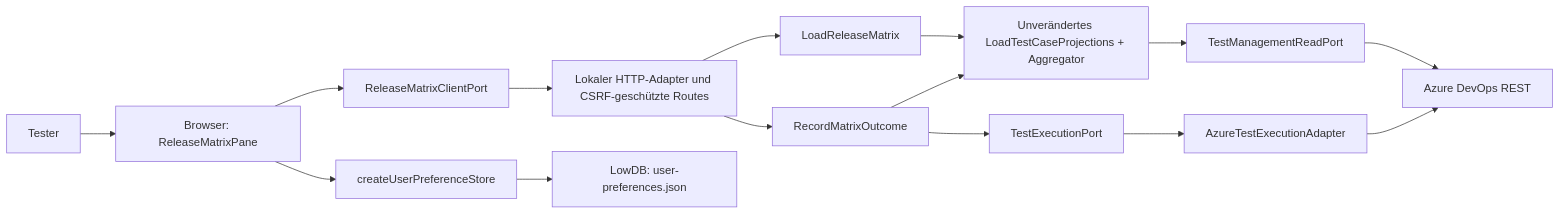
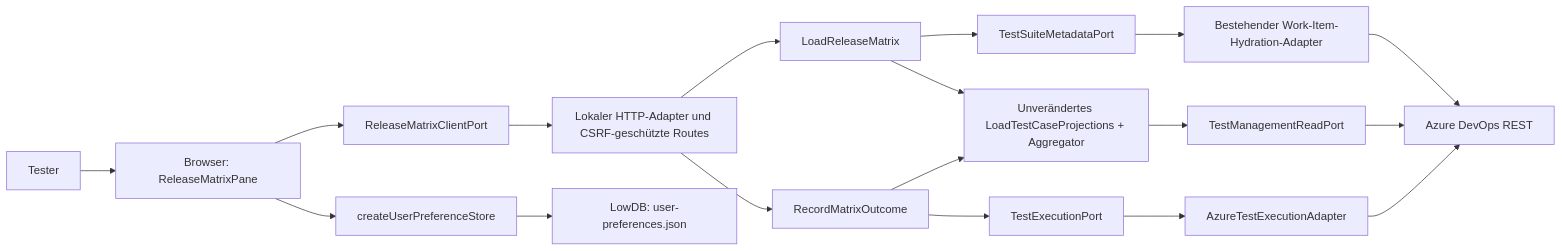
Before and after one commit to tensor-five/AzureTestOps: the diagram in docs/runbook/release-matrix.md, drawn with Mermaid. The commit also changed other lines of this file and 20 other files, not shown here.

````diff
--- a/docs/runbook/release-matrix.md
+++ b/docs/runbook/release-matrix.md
@@ -19,17 +23,20 @@
 ```mermaid
 flowchart LR
   User[Tester] --> UI[Browser: ReleaseMatrixPane]
   UI --> Port[ReleaseMatrixClientPort]
   Port --> HTTP[Lokaler HTTP-Adapter und CSRF-geschützte Routes]
   HTTP --> Read[LoadReleaseMatrix]
   HTTP --> Write[RecordMatrixOutcome]
   Read --> Existing[Unverändertes LoadTestCaseProjections + Aggregator]
+  Read --> Metadata[TestSuiteMetadataPort]
+  Metadata --> Hydration[Bestehender Work-Item-Hydration-Adapter]
+  Hydration --> ADO[Azure DevOps REST]
   Write --> Existing
   Write --> ExecPort[TestExecutionPort]
   Existing --> ReadPort[TestManagementReadPort]
   ReadPort --> ADO[Azure DevOps REST]
   ExecPort --> Adapter[AzureTestExecutionAdapter]
   Adapter --> ADO
   UI --> PrefStore[createUserPreferenceStore]
   PrefStore --> LowDB[LowDB: user-preferences.json]
 ```
````
